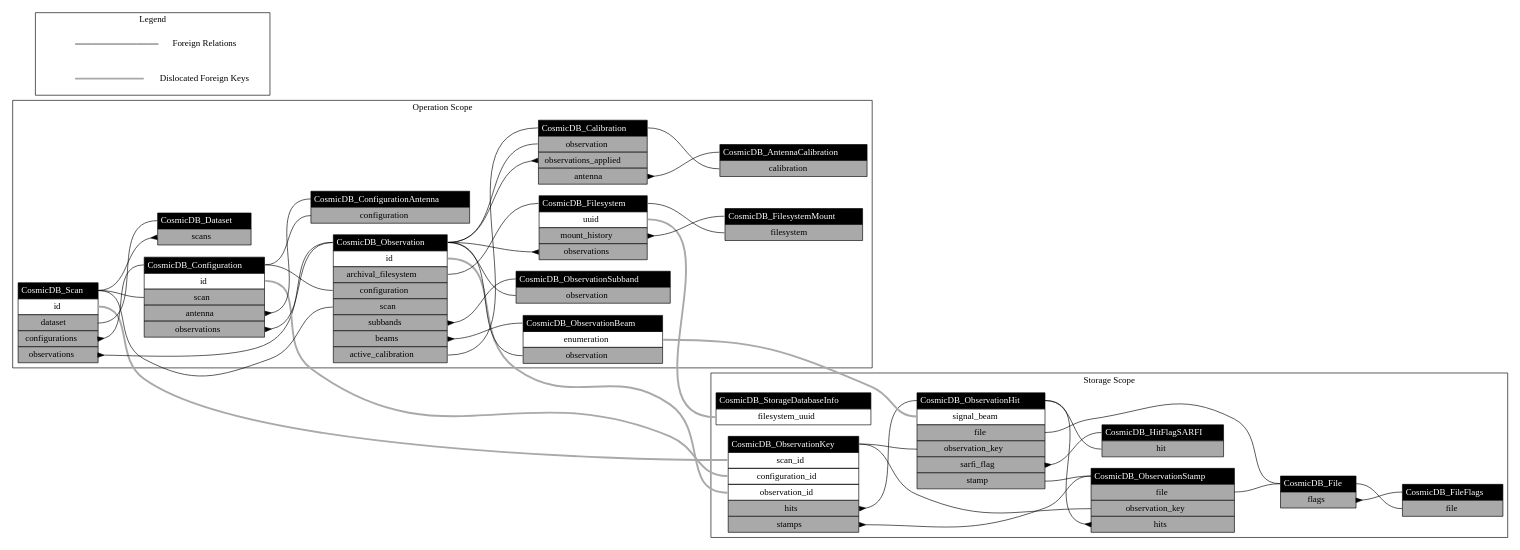
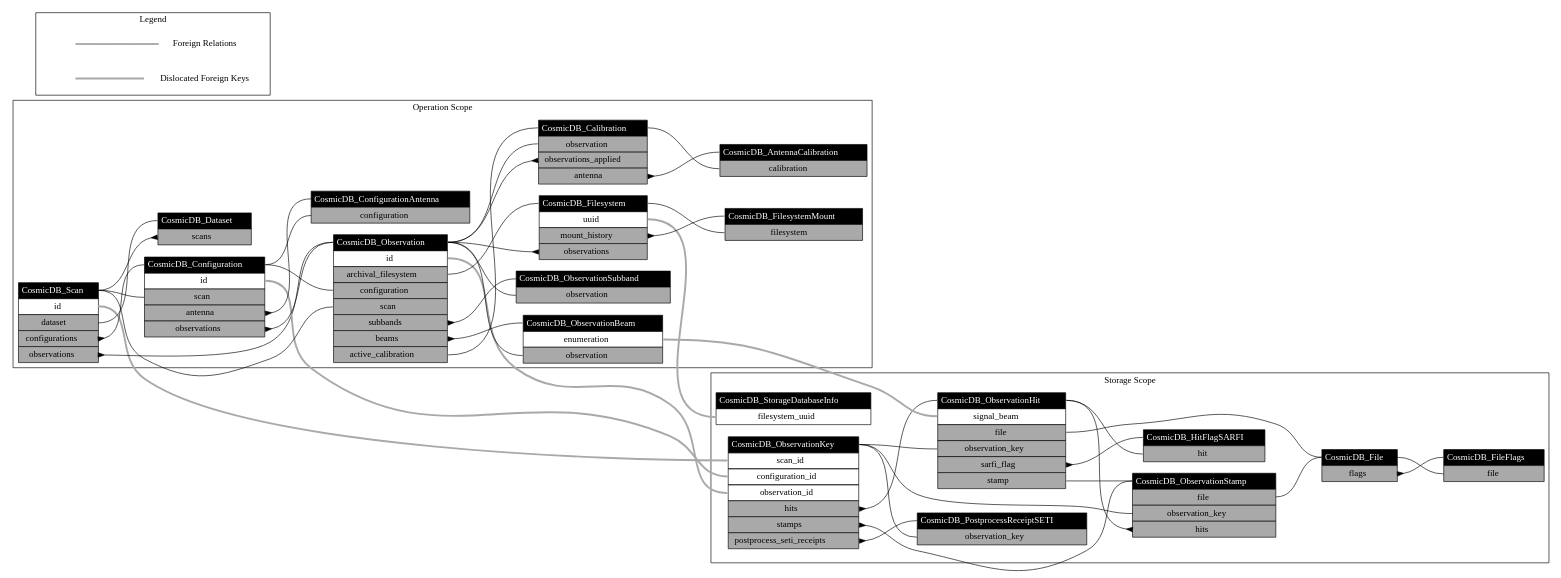
Before and after one commit to COSMIC-SETI/COSMIC-VLA-Database: the diagram in docs/entity_relationships.dot, drawn with Graphviz. The commit also changed 8 other files, not shown here.

Commit message:
++ PostprocessReceiptSETI

```diff
--- a/docs/entity_relationships.dot
+++ b/docs/entity_relationships.dot
@@ -1,166 +1,173 @@
 digraph CosmicDB {
 layout=dot;
 nodesep=0.25;
 rankdir=LR;
 ranksep=1;
 CosmicDB_Scan:id:e -> CosmicDB_ObservationKey:scan_id:w  [arrowtail=none, color=darkgrey, dir=back, penwidth=3.0, weight=100];
 CosmicDB_Configuration:id:e -> CosmicDB_ObservationKey:configuration_id:w  [arrowtail=none, color=darkgrey, dir=back, penwidth=3.0, weight=100];
 CosmicDB_Observation:id:e -> CosmicDB_ObservationKey:observation_id:w  [arrowtail=none, color=darkgrey, dir=back, penwidth=3.0, weight=100];
 CosmicDB_ObservationBeam:enumeration:e -> CosmicDB_ObservationHit:signal_beam:w  [arrowtail=none, color=darkgrey, dir=back, penwidth=3.0, weight=100];
 CosmicDB_Filesystem:uuid:e -> CosmicDB_StorageDatabaseInfo:filesystem_uuid:w  [arrowtail=none, color=darkgrey, dir=back, penwidth=3.0, weight=100];
 CosmicDB_Dataset:scans -> CosmicDB_Scan:class  [arrowtail=inv, dir=back];
 CosmicDB_Scan:dataset -> CosmicDB_Dataset:class  [arrowtail=none, dir=back];
 CosmicDB_Scan:configurations -> CosmicDB_Configuration:class  [arrowtail=inv, dir=back];
 CosmicDB_Scan:observations -> CosmicDB_Observation:class  [arrowtail=inv, dir=back];
 CosmicDB_Configuration:scan -> CosmicDB_Scan:class  [arrowtail=none, dir=back];
 CosmicDB_Configuration:antenna -> CosmicDB_ConfigurationAntenna:class  [arrowtail=inv, dir=back];
 CosmicDB_Configuration:observations -> CosmicDB_Observation:class  [arrowtail=inv, dir=back];
 CosmicDB_ConfigurationAntenna:configuration -> CosmicDB_Configuration:class  [arrowtail=none, dir=back];
 CosmicDB_Calibration:observation -> CosmicDB_Observation:class  [arrowtail=none, dir=back];
 CosmicDB_Calibration:observations_applied -> CosmicDB_Observation:class  [arrowtail=inv, dir=back];
 CosmicDB_Calibration:antenna -> CosmicDB_AntennaCalibration:class  [arrowtail=inv, dir=back];
 CosmicDB_AntennaCalibration:calibration -> CosmicDB_Calibration:class  [arrowtail=none, dir=back];
 CosmicDB_Observation:archival_filesystem -> CosmicDB_Filesystem:class  [arrowtail=none, dir=back];
 CosmicDB_Observation:configuration -> CosmicDB_Configuration:class  [arrowtail=none, dir=back];
 CosmicDB_Observation:scan -> CosmicDB_Scan:class  [arrowtail=none, dir=back];
 CosmicDB_Observation:subbands -> CosmicDB_ObservationSubband:class  [arrowtail=inv, dir=back];
 CosmicDB_Observation:beams -> CosmicDB_ObservationBeam:class  [arrowtail=inv, dir=back];
 CosmicDB_Observation:active_calibration -> CosmicDB_Calibration:class  [arrowtail=none, dir=back];
 CosmicDB_ObservationSubband:observation -> CosmicDB_Observation:class  [arrowtail=none, dir=back];
 CosmicDB_ObservationBeam:observation -> CosmicDB_Observation:class  [arrowtail=none, dir=back];
 CosmicDB_Filesystem:mount_history -> CosmicDB_FilesystemMount:class  [arrowtail=inv, dir=back];
 CosmicDB_Filesystem:observations -> CosmicDB_Observation:class  [arrowtail=inv, dir=back];
 CosmicDB_FilesystemMount:filesystem -> CosmicDB_Filesystem:class  [arrowtail=none, dir=back];
 CosmicDB_ObservationKey:hits -> CosmicDB_ObservationHit:class  [arrowtail=inv, dir=back];
 CosmicDB_ObservationKey:stamps -> CosmicDB_ObservationStamp:class  [arrowtail=inv, dir=back];
+CosmicDB_ObservationKey:postprocess_seti_receipts -> CosmicDB_PostprocessReceiptSETI:class  [arrowtail=inv, dir=back];
 CosmicDB_File:flags -> CosmicDB_FileFlags:class  [arrowtail=inv, dir=back];
 CosmicDB_FileFlags:file -> CosmicDB_File:class  [arrowtail=none, dir=back];
 CosmicDB_ObservationStamp:file -> CosmicDB_File:class  [arrowtail=none, dir=back];
 CosmicDB_ObservationStamp:observation_key -> CosmicDB_ObservationKey:class  [arrowtail=none, dir=back];
 CosmicDB_ObservationStamp:hits -> CosmicDB_ObservationHit:class  [arrowtail=inv, dir=back];
 CosmicDB_ObservationHit:file -> CosmicDB_File:class  [arrowtail=none, dir=back];
 CosmicDB_ObservationHit:observation_key -> CosmicDB_ObservationKey:class  [arrowtail=none, dir=back];
 CosmicDB_ObservationHit:sarfi_flag -> CosmicDB_HitFlagSARFI:class  [arrowtail=inv, dir=back];
 CosmicDB_ObservationHit:stamp -> CosmicDB_ObservationStamp:class  [arrowtail=none, dir=back];
 CosmicDB_HitFlagSARFI:hit -> CosmicDB_ObservationHit:class  [arrowtail=none, dir=back];
+CosmicDB_PostprocessReceiptSETI:observation_key -> CosmicDB_ObservationKey:class  [arrowtail=none, dir=back];
 subgraph Operation {
 cluster=True;
 label="Operation Scope";
 CosmicDB_Scan [label=<<table border="0" cellborder="1" cellspacing="0" cellpadding="4">
 	<tr><td bgcolor="black" port="class"><font color="white">CosmicDB_Scan</font></td></tr>
 	<tr><td port="id">id</td></tr>
 	<tr><td bgcolor="darkgrey" port="dataset">dataset</td></tr>
 	<tr><td bgcolor="darkgrey" port="configurations">configurations</td></tr>
 	<tr><td bgcolor="darkgrey" port="observations">observations</td></tr>
 </table>>, shape=plain];
 CosmicDB_Configuration [label=<<table border="0" cellborder="1" cellspacing="0" cellpadding="4">
 	<tr><td bgcolor="black" port="class"><font color="white">CosmicDB_Configuration</font></td></tr>
 	<tr><td port="id">id</td></tr>
 	<tr><td bgcolor="darkgrey" port="scan">scan</td></tr>
 	<tr><td bgcolor="darkgrey" port="antenna">antenna</td></tr>
 	<tr><td bgcolor="darkgrey" port="observations">observations</td></tr>
 </table>>, shape=plain];
 CosmicDB_Observation [label=<<table border="0" cellborder="1" cellspacing="0" cellpadding="4">
 	<tr><td bgcolor="black" port="class"><font color="white">CosmicDB_Observation</font></td></tr>
 	<tr><td port="id">id</td></tr>
 	<tr><td bgcolor="darkgrey" port="archival_filesystem">archival_filesystem</td></tr>
 	<tr><td bgcolor="darkgrey" port="configuration">configuration</td></tr>
 	<tr><td bgcolor="darkgrey" port="scan">scan</td></tr>
 	<tr><td bgcolor="darkgrey" port="subbands">subbands</td></tr>
 	<tr><td bgcolor="darkgrey" port="beams">beams</td></tr>
 	<tr><td bgcolor="darkgrey" port="active_calibration">active_calibration</td></tr>
 </table>>, shape=plain];
 CosmicDB_ObservationBeam [label=<<table border="0" cellborder="1" cellspacing="0" cellpadding="4">
 	<tr><td bgcolor="black" port="class"><font color="white">CosmicDB_ObservationBeam</font></td></tr>
 	<tr><td port="enumeration">enumeration</td></tr>
 	<tr><td bgcolor="darkgrey" port="observation">observation</td></tr>
 </table>>, shape=plain];
 CosmicDB_Filesystem [label=<<table border="0" cellborder="1" cellspacing="0" cellpadding="4">
 	<tr><td bgcolor="black" port="class"><font color="white">CosmicDB_Filesystem</font></td></tr>
 	<tr><td port="uuid">uuid</td></tr>
 	<tr><td bgcolor="darkgrey" port="mount_history">mount_history</td></tr>
 	<tr><td bgcolor="darkgrey" port="observations">observations</td></tr>
 </table>>, shape=plain];
 CosmicDB_Dataset [label=<<table border="0" cellborder="1" cellspacing="0" cellpadding="4">
 	<tr><td bgcolor="black" port="class"><font color="white">CosmicDB_Dataset</font></td></tr>
 	<tr><td bgcolor="darkgrey" port="scans">scans</td></tr>
 </table>>, shape=plain];
 CosmicDB_ConfigurationAntenna [label=<<table border="0" cellborder="1" cellspacing="0" cellpadding="4">
 	<tr><td bgcolor="black" port="class"><font color="white">CosmicDB_ConfigurationAntenna</font></td></tr>
 	<tr><td bgcolor="darkgrey" port="configuration">configuration</td></tr>
 </table>>, shape=plain];
 CosmicDB_Calibration [label=<<table border="0" cellborder="1" cellspacing="0" cellpadding="4">
 	<tr><td bgcolor="black" port="class"><font color="white">CosmicDB_Calibration</font></td></tr>
 	<tr><td bgcolor="darkgrey" port="observation">observation</td></tr>
 	<tr><td bgcolor="darkgrey" port="observations_applied">observations_applied</td></tr>
 	<tr><td bgcolor="darkgrey" port="antenna">antenna</td></tr>
 </table>>, shape=plain];
 CosmicDB_AntennaCalibration [label=<<table border="0" cellborder="1" cellspacing="0" cellpadding="4">
 	<tr><td bgcolor="black" port="class"><font color="white">CosmicDB_AntennaCalibration</font></td></tr>
 	<tr><td bgcolor="darkgrey" port="calibration">calibration</td></tr>
 </table>>, shape=plain];
 CosmicDB_ObservationSubband [label=<<table border="0" cellborder="1" cellspacing="0" cellpadding="4">
 	<tr><td bgcolor="black" port="class"><font color="white">CosmicDB_ObservationSubband</font></td></tr>
 	<tr><td bgcolor="darkgrey" port="observation">observation</td></tr>
 </table>>, shape=plain];
 CosmicDB_FilesystemMount [label=<<table border="0" cellborder="1" cellspacing="0" cellpadding="4">
 	<tr><td bgcolor="black" port="class"><font color="white">CosmicDB_FilesystemMount</font></td></tr>
 	<tr><td bgcolor="darkgrey" port="filesystem">filesystem</td></tr>
 </table>>, shape=plain];
 }
 
 subgraph Storage {
 cluster=True;
 label="Storage Scope";
 CosmicDB_ObservationKey [label=<<table border="0" cellborder="1" cellspacing="0" cellpadding="4">
 	<tr><td bgcolor="black" port="class"><font color="white">CosmicDB_ObservationKey</font></td></tr>
 	<tr><td port="scan_id">scan_id</td></tr>
 	<tr><td port="configuration_id">configuration_id</td></tr>
 	<tr><td port="observation_id">observation_id</td></tr>
 	<tr><td bgcolor="darkgrey" port="hits">hits</td></tr>
 	<tr><td bgcolor="darkgrey" port="stamps">stamps</td></tr>
+	<tr><td bgcolor="darkgrey" port="postprocess_seti_receipts">postprocess_seti_receipts</td></tr>
 </table>>, shape=plain];
 CosmicDB_ObservationHit [label=<<table border="0" cellborder="1" cellspacing="0" cellpadding="4">
 	<tr><td bgcolor="black" port="class"><font color="white">CosmicDB_ObservationHit</font></td></tr>
 	<tr><td port="signal_beam">signal_beam</td></tr>
 	<tr><td bgcolor="darkgrey" port="file">file</td></tr>
 	<tr><td bgcolor="darkgrey" port="observation_key">observation_key</td></tr>
 	<tr><td bgcolor="darkgrey" port="sarfi_flag">sarfi_flag</td></tr>
 	<tr><td bgcolor="darkgrey" port="stamp">stamp</td></tr>
 </table>>, shape=plain];
 CosmicDB_StorageDatabaseInfo [label=<<table border="0" cellborder="1" cellspacing="0" cellpadding="4">
 	<tr><td bgcolor="black" port="class"><font color="white">CosmicDB_StorageDatabaseInfo</font></td></tr>
 	<tr><td port="filesystem_uuid">filesystem_uuid</td></tr>
 </table>>, shape=plain];
 CosmicDB_File [label=<<table border="0" cellborder="1" cellspacing="0" cellpadding="4">
 	<tr><td bgcolor="black" port="class"><font color="white">CosmicDB_File</font></td></tr>
 	<tr><td bgcolor="darkgrey" port="flags">flags</td></tr>
 </table>>, shape=plain];
 CosmicDB_FileFlags [label=<<table border="0" cellborder="1" cellspacing="0" cellpadding="4">
 	<tr><td bgcolor="black" port="class"><font color="white">CosmicDB_FileFlags</font></td></tr>
 	<tr><td bgcolor="darkgrey" port="file">file</td></tr>
 </table>>, shape=plain];
 CosmicDB_ObservationStamp [label=<<table border="0" cellborder="1" cellspacing="0" cellpadding="4">
 	<tr><td bgcolor="black" port="class"><font color="white">CosmicDB_ObservationStamp</font></td></tr>
 	<tr><td bgcolor="darkgrey" port="file">file</td></tr>
 	<tr><td bgcolor="darkgrey" port="observation_key">observation_key</td></tr>
 	<tr><td bgcolor="darkgrey" port="hits">hits</td></tr>
 </table>>, shape=plain];
 CosmicDB_HitFlagSARFI [label=<<table border="0" cellborder="1" cellspacing="0" cellpadding="4">
 	<tr><td bgcolor="black" port="class"><font color="white">CosmicDB_HitFlagSARFI</font></td></tr>
 	<tr><td bgcolor="darkgrey" port="hit">hit</td></tr>
 </table>>, shape=plain];
+CosmicDB_PostprocessReceiptSETI [label=<<table border="0" cellborder="1" cellspacing="0" cellpadding="4">
+	<tr><td bgcolor="black" port="class"><font color="white">CosmicDB_PostprocessReceiptSETI</font></td></tr>
+	<tr><td bgcolor="darkgrey" port="observation_key">observation_key</td></tr>
+</table>>, shape=plain];
 }
 
 subgraph legend {
 cluster=True;
 label="Legend";
 "Foreign Relations_0" [label="", shape=none];
 "Foreign Relations_1" [label="Foreign Relations", shape=none];
 "Foreign Relations_0" -> "Foreign Relations_1"  [arrowtail=none, color=black, dir=back];
 "Dislocated Foreign Keys_0" [label="", shape=none];
 "Dislocated Foreign Keys_1" [label="Dislocated Foreign Keys", shape=none];
 "Dislocated Foreign Keys_0" -> "Dislocated Foreign Keys_1"  [arrowtail=none, color=darkgrey, dir=back, penwidth=3.0];
 }
 
 }
```
